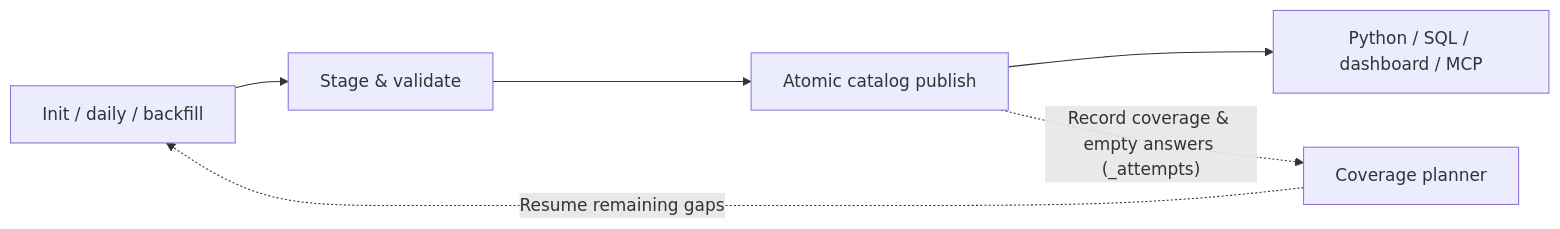
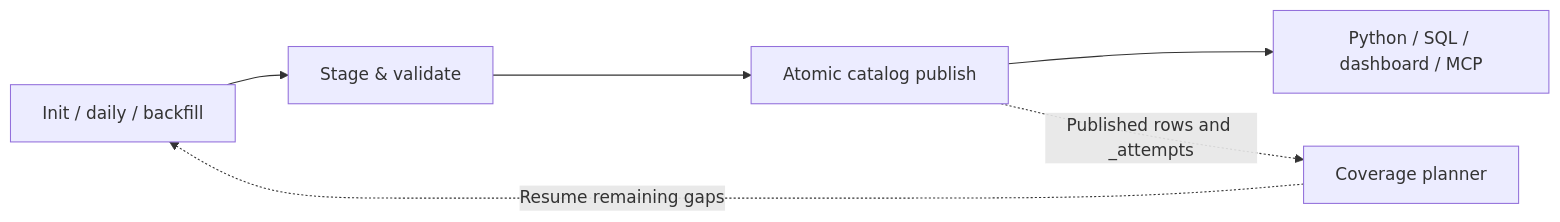
Before and after one commit to rootSunc/CNEquity: the diagram in docs/en/index.md, drawn with Mermaid. The commit also changed 75 other files, not shown here.

````diff
--- a/docs/en/index.md
+++ b/docs/en/index.md
@@ -5,8 +5,8 @@
 ```mermaid
 flowchart LR
     A["Init / daily / backfill"] --> B["Stage & validate"]
     B --> C["Atomic catalog publish"]
     C --> D["Python / SQL / dashboard / MCP"]
-    C -. "Record coverage & empty answers (_attempts)" .-> E["Coverage planner"]
+    C -. "Published rows and _attempts" .-> E["Coverage planner"]
     E -. "Resume remaining gaps" .-> A
 ```
````
